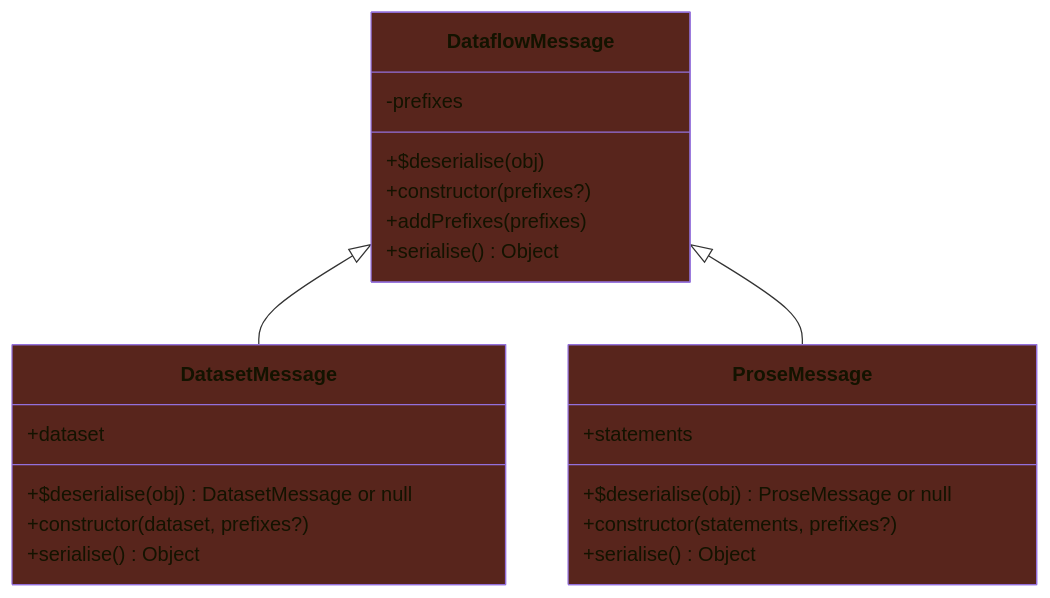
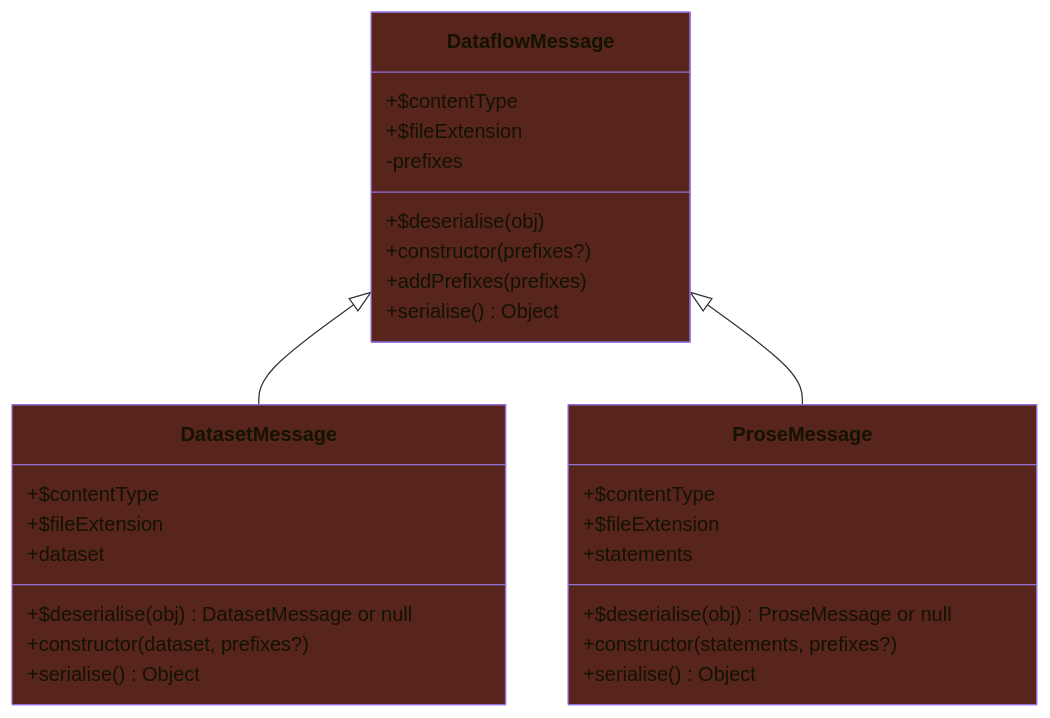
The first of 2 diagrams in README.md (doga/rdf-dataflow), drawn with Mermaid before and after one commit.

Commit message:
fix class diagram in readme

````diff
--- a/README.md
+++ b/README.md
@@ -148,28 +148,34 @@
 ```mermaid
 classDiagram
   DataflowMessage <|-- DatasetMessage
   DataflowMessage <|-- ProseMessage
   class DataflowMessage {
+   +$contentType
+   +$fileExtension
+   +$deserialise(obj) 
    -prefixes
-   +$deserialise(obj) 
    +constructor(prefixes?)
    +addPrefixes(prefixes)
    +serialise() Object
   }
   class DatasetMessage {
+   +$contentType
+   +$fileExtension
+   +$deserialise(obj) DatasetMessage or null
    +dataset
-   +$deserialise(obj) DatasetMessage or null
    +constructor(dataset, prefixes?)
    +serialise() Object
   }
   class ProseMessage {
+   +$contentType
+   +$fileExtension
+   +$deserialise(obj) ProseMessage or null
    +statements
-   +$deserialise(obj) ProseMessage or null
    +constructor(statements, prefixes?)
    +serialise() Object
   }
 
   style DataflowMessage fill:#58251C
   style DatasetMessage fill:#58251C
   style ProseMessage fill:#58251C
 ```
````
